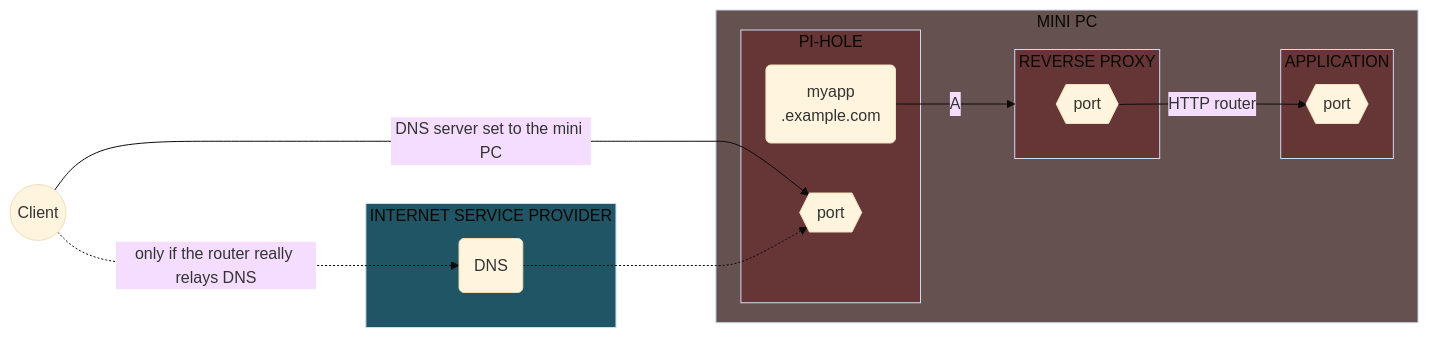
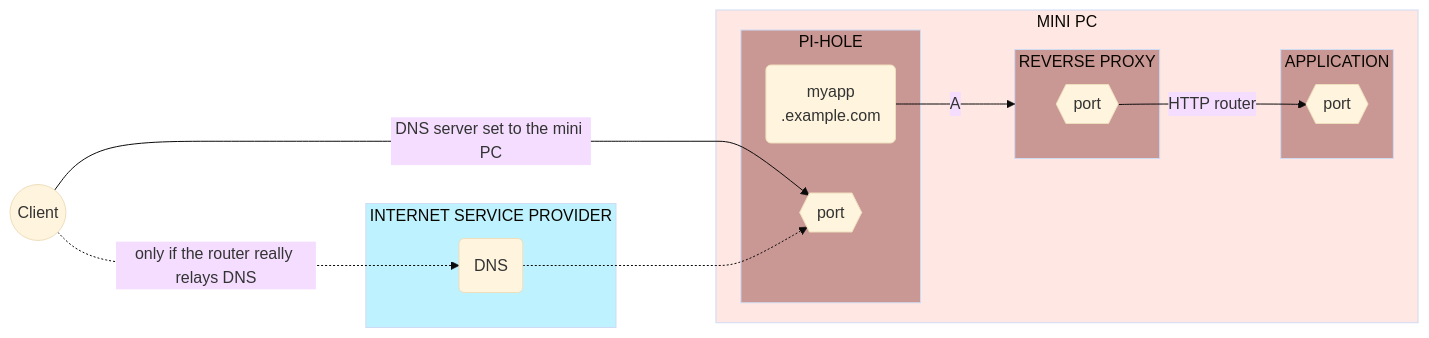
Before and after one commit to Yann39/self-hosted-n100: the fourth of 32 diagrams in README.md, drawn with Mermaid (base theme). The commit also changed other lines of this file and 1 other file, not shown here.

Commit message:
adapted diagrams so they display better in light mode

````diff
--- a/README.md
+++ b/README.md
@@ -755,40 +759,40 @@
 ```mermaid
 flowchart LR
-    style INTERNET_SERVICE_PROVIDER fill: #205566
-    style TRAEFIK_CONTAINER fill: #663535
-    style PI_HOLE fill: #663535
-    style APPLICATION fill: #663535
-    style SERVER_DEVICE fill: #665151
+    style INTERNET_SERVICE_PROVIDER fill: #45d8ff57
+    style TRAEFIK_CONTAINER fill: #66010159
+    style PI_HOLE fill: #66010159
+    style APPLICATION fill: #66010159
+    style SERVER_DEVICE fill: #febfb45e
     CLIENT((Client))
     ISP_DNS(DNS)
     PIHOLE_DNS_MYAPP(myapp\n.example.com)
     DOCKER_TRAEFIK_PORT{{port}}
     APPLICATION_PORT{{port}}
     PIHOLE_DNS{{port}}
 
     subgraph INTERNET_SERVICE_PROVIDER[INTERNET SERVICE PROVIDER]
         ISP_DNS
     end
 
     subgraph SERVER_DEVICE[MINI PC]
         subgraph PI_HOLE[PI-HOLE]
             PIHOLE_DNS
             PIHOLE_DNS_MYAPP
         end
 
         subgraph TRAEFIK_CONTAINER[REVERSE PROXY]
             DOCKER_TRAEFIK_PORT
         end
 
         subgraph APPLICATION[APPLICATION]
             APPLICATION_PORT
         end
 
     end
 
     CLIENT ---->|DNS server set to the mini PC| PIHOLE_DNS
     CLIENT -..->|only if the router really relays DNS| ISP_DNS
     ISP_DNS -..-> PIHOLE_DNS
     PIHOLE_DNS_MYAPP --->|A| TRAEFIK_CONTAINER
     DOCKER_TRAEFIK_PORT -->|HTTP router| APPLICATION_PORT
 ```
````
